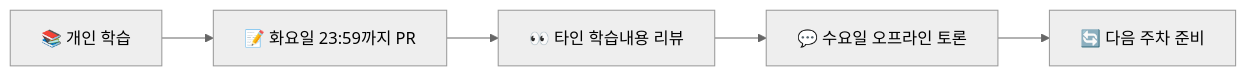
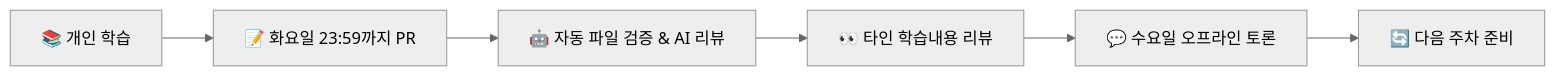
Before and after one commit to bookbookbook-fe/clean-architecture: the diagram in README.md, drawn with Mermaid (neutral theme). The commit also changed other lines of this file, not shown here.

````diff
--- a/README.md
+++ b/README.md
@@ -36,7 +36,8 @@
 ```mermaid
 graph LR
     A[📚 개인 학습] --> B[📝 화요일 23:59까지 PR]
-    B --> C[👀 타인 학습내용 리뷰]
-    C --> D[💬 수요일 오프라인 토론]
-    D --> E[🔄 다음 주차 준비]
+    B --> C[🤖 자동 파일 검증 & AI 리뷰]
+    C --> D[👀 타인 학습내용 리뷰]
+    D --> E[💬 수요일 오프라인 토론]
+    E --> F[🔄 다음 주차 준비]
 ```
````
